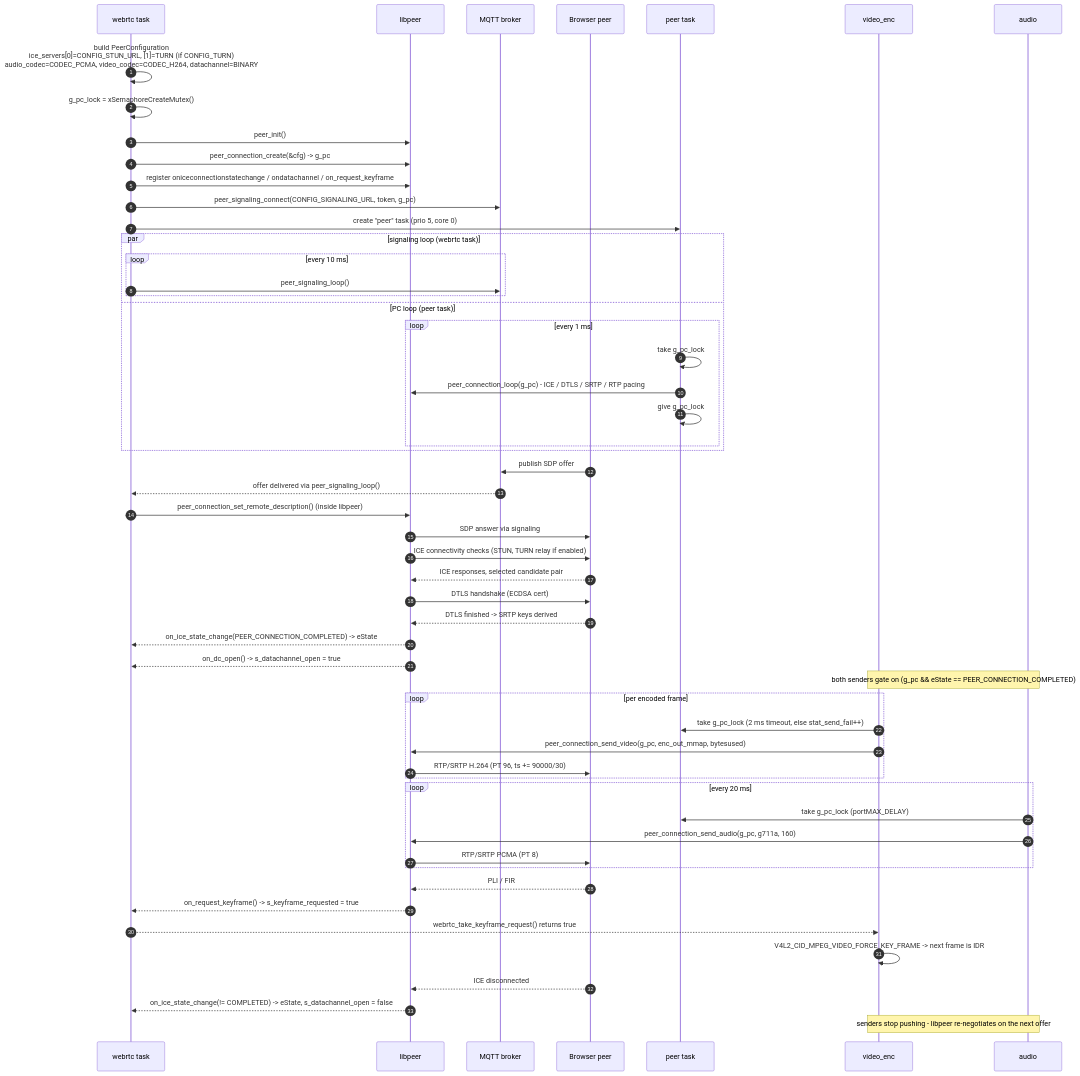
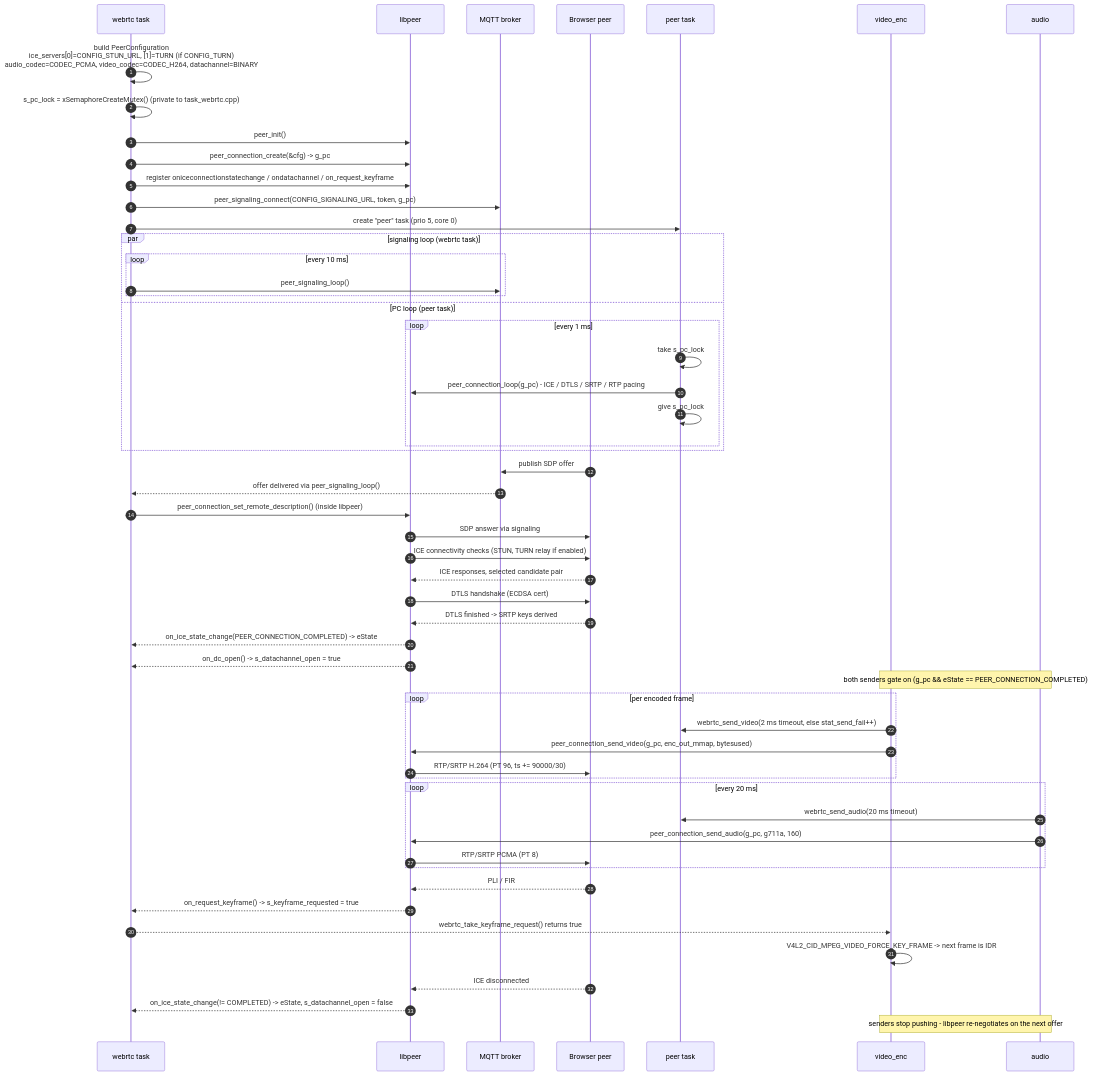
The sixth of 6 diagrams in ARCHITECTURE.md (thanhbinh89/esp32-ipc), drawn with Mermaid before and after one commit. The commit also changed other lines of this file and 4 other files, not shown here.

Commit message:
Refactor architecture and data flow documentation; update configuration for capture buffers and video encoding parameters

````diff
--- a/ARCHITECTURE.md
+++ b/ARCHITECTURE.md
@@ -353,66 +353,66 @@
 ```mermaid
 sequenceDiagram
     autonumber
     participant WT as webrtc task
     participant LP as libpeer
     participant SIG as MQTT broker
     participant BR as Browser peer
     participant PT as peer task
     participant VE as video_enc
     participant AU as audio
 
     WT->>WT: build PeerConfiguration<br/>ice_servers[0]=CONFIG_STUN_URL, [1]=TURN (if CONFIG_TURN)<br/>audio_codec=CODEC_PCMA, video_codec=CODEC_H264, datachannel=BINARY
-    WT->>WT: g_pc_lock = xSemaphoreCreateMutex()
+    WT->>WT: s_pc_lock = xSemaphoreCreateMutex() (private to task_webrtc.cpp)
     WT->>LP: peer_init()
     WT->>LP: peer_connection_create(&cfg) -> g_pc
     WT->>LP: register oniceconnectionstatechange / ondatachannel / on_request_keyframe
     WT->>SIG: peer_signaling_connect(CONFIG_SIGNALING_URL, token, g_pc)
     WT->>PT: create "peer" task (prio 5, core 0)
 
     par signaling loop (webrtc task)
         loop every 10 ms
             WT->>SIG: peer_signaling_loop()
         end
     and PC loop (peer task)
         loop every 1 ms
-            PT->>PT: take g_pc_lock
+            PT->>PT: take s_pc_lock
             PT->>LP: peer_connection_loop(g_pc) - ICE / DTLS / SRTP / RTP pacing
-            PT->>PT: give g_pc_lock
+            PT->>PT: give s_pc_lock
         end
     end
 
     BR->>SIG: publish SDP offer
     SIG-->>WT: offer delivered via peer_signaling_loop()
     WT->>LP: peer_connection_set_remote_description() (inside libpeer)
     LP->>BR: SDP answer via signaling
     LP->>BR: ICE connectivity checks (STUN, TURN relay if enabled)
     BR-->>LP: ICE responses, selected candidate pair
     LP->>BR: DTLS handshake (ECDSA cert)
     BR-->>LP: DTLS finished -> SRTP keys derived
 
     LP-->>WT: on_ice_state_change(PEER_CONNECTION_COMPLETED) -> eState
     LP-->>WT: on_dc_open() -> s_datachannel_open = true
 
     Note over VE,AU: both senders gate on (g_pc && eState == PEER_CONNECTION_COMPLETED)
 
     loop per encoded frame
-        VE->>PT: take g_pc_lock (2 ms timeout, else stat_send_fail++)
+        VE->>PT: webrtc_send_video(2 ms timeout, else stat_send_fail++)
         VE->>LP: peer_connection_send_video(g_pc, enc_out_mmap, bytesused)
         LP->>BR: RTP/SRTP H.264 (PT 96, ts += 90000/30)
     end
 
     loop every 20 ms
-        AU->>PT: take g_pc_lock (portMAX_DELAY)
+        AU->>PT: webrtc_send_audio(20 ms timeout)
         AU->>LP: peer_connection_send_audio(g_pc, g711a, 160)
         LP->>BR: RTP/SRTP PCMA (PT 8)
     end
 
     BR-->>LP: PLI / FIR
     LP-->>WT: on_request_keyframe() -> s_keyframe_requested = true
     WT-->>VE: webrtc_take_keyframe_request() returns true
     VE->>VE: V4L2_CID_MPEG_VIDEO_FORCE_KEY_FRAME -> next frame is IDR
 
     BR-->>LP: ICE disconnected
     LP-->>WT: on_ice_state_change(!= COMPLETED) -> eState, s_datachannel_open = false
     Note over VE,AU: senders stop pushing - libpeer re-negotiates on the next offer
 ```
````
